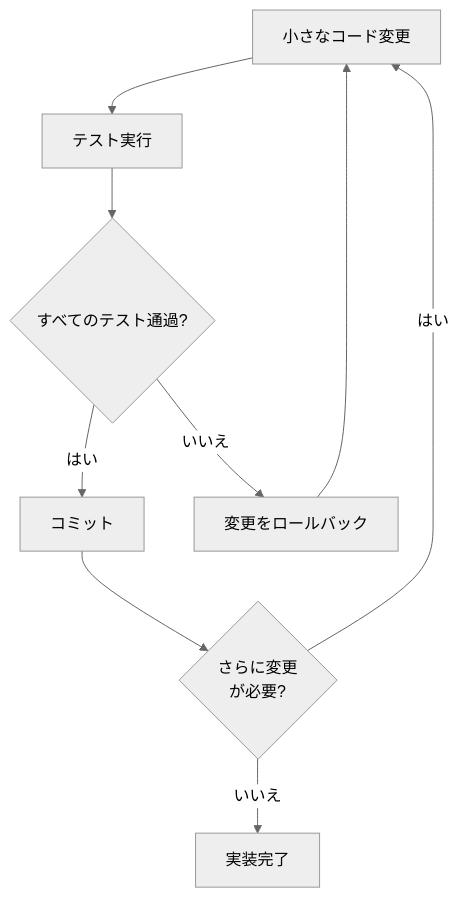
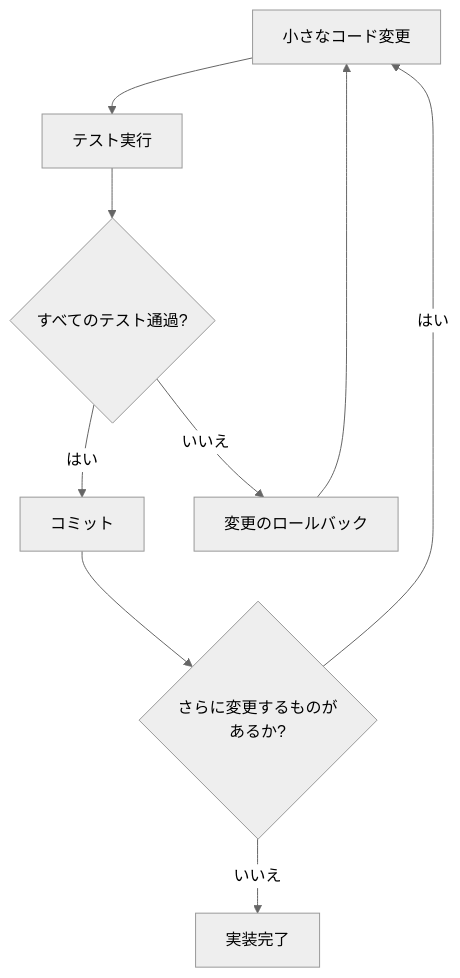
Before and after one commit to modu-ai/moai-adk: the first of 2 diagrams in docs-site/content/ja/workflow-commands/moai-run.md, drawn with Mermaid (neutral theme). The commit also changed other lines of this file and 395 other files, not shown here.

````diff
--- a/docs-site/content/ja/workflow-commands/moai-run.md
+++ b/docs-site/content/ja/workflow-commands/moai-run.md
@@ -96,11 +102,11 @@
 ```mermaid
 flowchart TD
     A["小さなコード変更"] --> B["テスト実行"]
     B --> C{"すべてのテスト通過?"}
     C -->|はい| D["コミット"]
-    D --> E{"さらに変更<br/>が必要?"}
+    D --> E{"さらに変更するものが<br/>あるか?"}
     E -->|はい| A
     E -->|いいえ| F["実装完了"]
-    C -->|いいえ| G["変更をロールバック"]
+    C -->|いいえ| G["変更のロールバック"]
     G --> A
 ```
````
